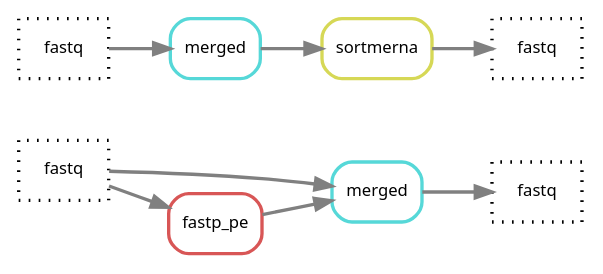
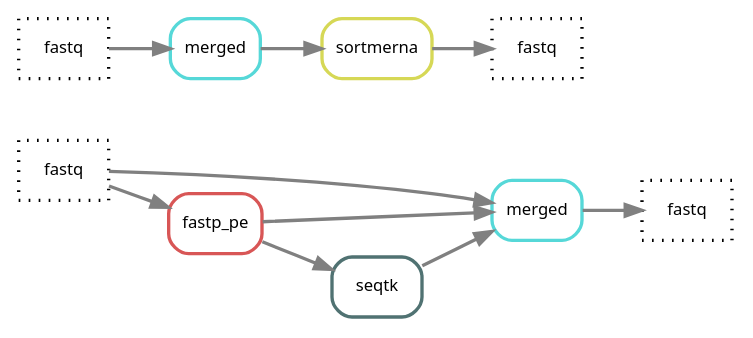
The diagram in docs/images/all.dot (hydra-genetics/prealignment), drawn with Graphviz before and after one commit.

Commit message:
docs: updated dag grapgh

```diff
--- a/docs/images/all.dot
+++ b/docs/images/all.dot
@@ -1,21 +1,24 @@
 digraph snakemake_dag {
 	rankdir=LR;
     graph[bgcolor=white, margin=0];
     node[shape=box, style=rounded, fontname=sans,                 fontsize=10, penwidth=2];
     edge[penwidth=2, color=grey];
 	0[label = "fastq", color = "0.0 0.0 0.0", style="dotted"];
 	20[label = "fastq", color = "0.0 0.0 0.0", style="dotted"];
 	10[label = "fastq", color = "0.0 0.0 0.0", style="dotted"];
 	11[label = "fastq", color = "0.0 0.0 0.0", style="dotted"];
 	1[label = "merged", color = "0.50 0.6 0.85", style="rounded"];
 	21[label = "merged", color = "0.50 0.6 0.85", style="rounded"];
 	2[label = "fastp_pe", color = "0.00 0.6 0.85", style="rounded"];
+	4[label = "seqtk", color = "0.50 0.3 0.45", style="rounded"];
 	3[label = "sortmerna", color = "0.17 0.6 0.85", style="rounded"];
 	0 -> 2
 	0 -> 1
 	2 -> 1
+	2 -> 4
+	4 -> 1
 	1 -> 10
 	20 -> 21
 	21 -> 3
 	3 -> 11
 }   
```
